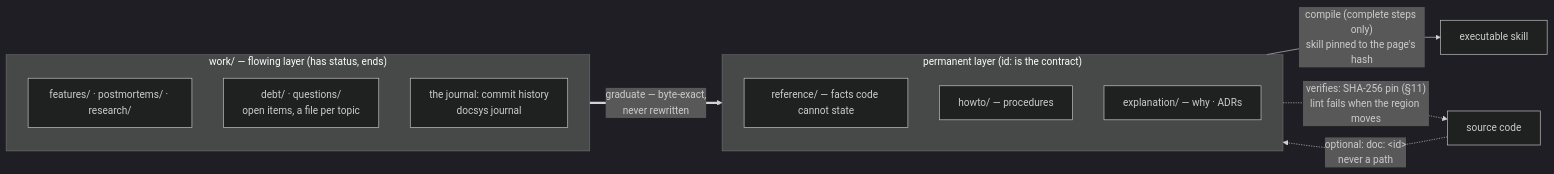
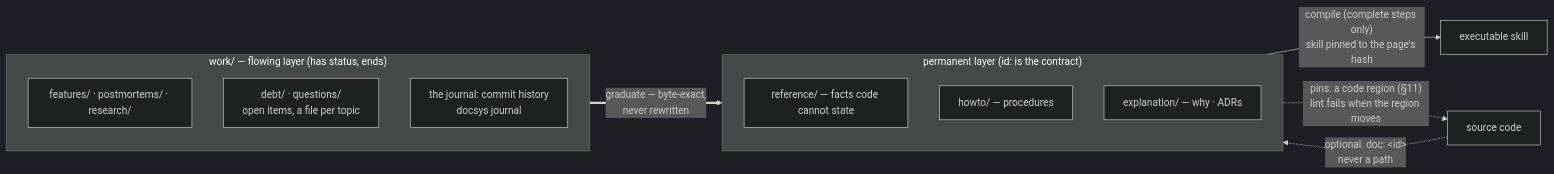
The first of 7 diagrams in README.md (FatihErtugral/docsys), drawn with Mermaid (dark theme) before and after one commit. The commit also changed other lines of this file and 117 other files, not shown here.

````diff
--- a/README.md
+++ b/README.md
@@ -31,24 +31,24 @@
 ```mermaid
 flowchart LR
     subgraph WORK["work/ — flowing layer (has status, ends)"]
         direction TB
         F["features/ · postmortems/ · research/"]
         J["debt/ · questions/<br/>open items, a file per topic"]
         H["the journal: commit history<br/>docsys journal"]
     end
 
     subgraph PERM["permanent layer (id: is the contract)"]
         direction TB
         REF["reference/ — facts code cannot state"]
         HOW["howto/ — procedures"]
         EXP["explanation/ — why · ADRs"]
     end
 
     CODE["source code"]
     SKILL["executable skill"]
 
     F ==>|"graduate — byte-exact,<br/>never rewritten"| PERM
     CODE -.->|"optional: doc: &lt;id&gt;<br/>never a path"| PERM
-    PERM -.->|"verifies: SHA-256 pin (§11)<br/>lint fails when the region moves"| CODE
+    PERM -.->|"pins: a code region (§11)<br/>lint fails when the region moves"| CODE
     HOW -->|"compile (complete steps only)<br/>skill pinned to the page's hash"| SKILL
 ```
````
